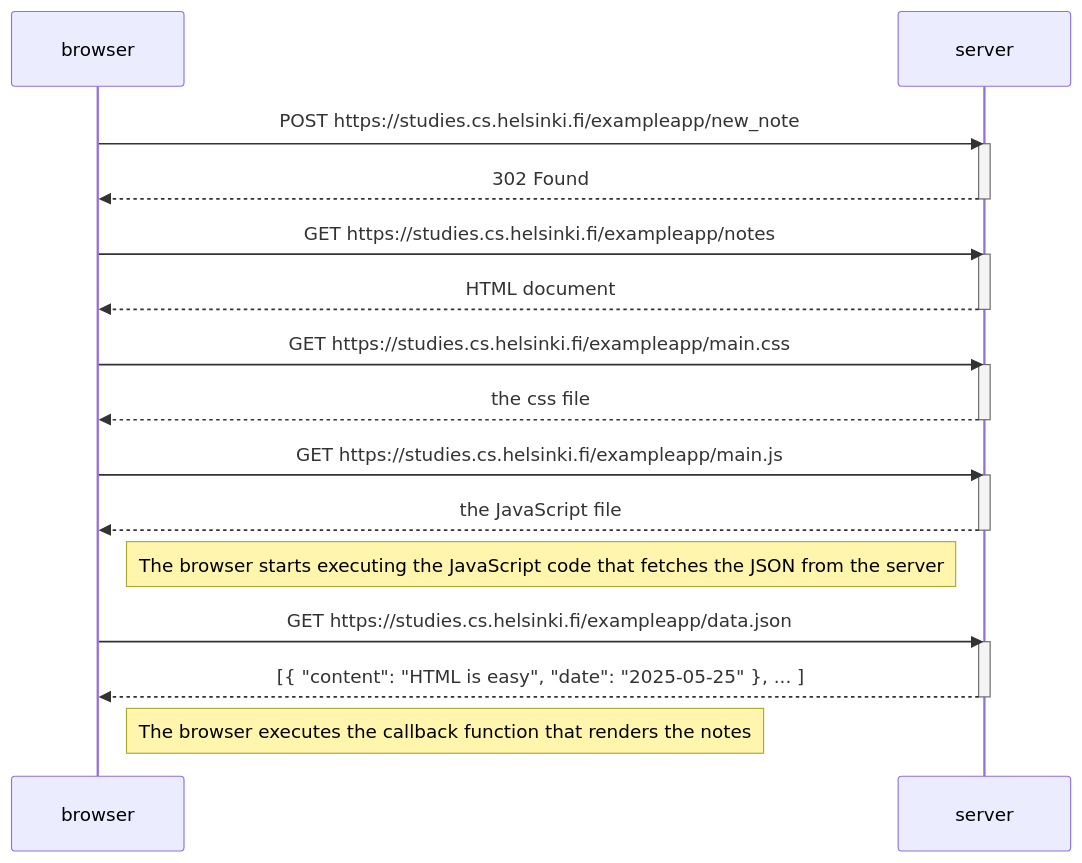
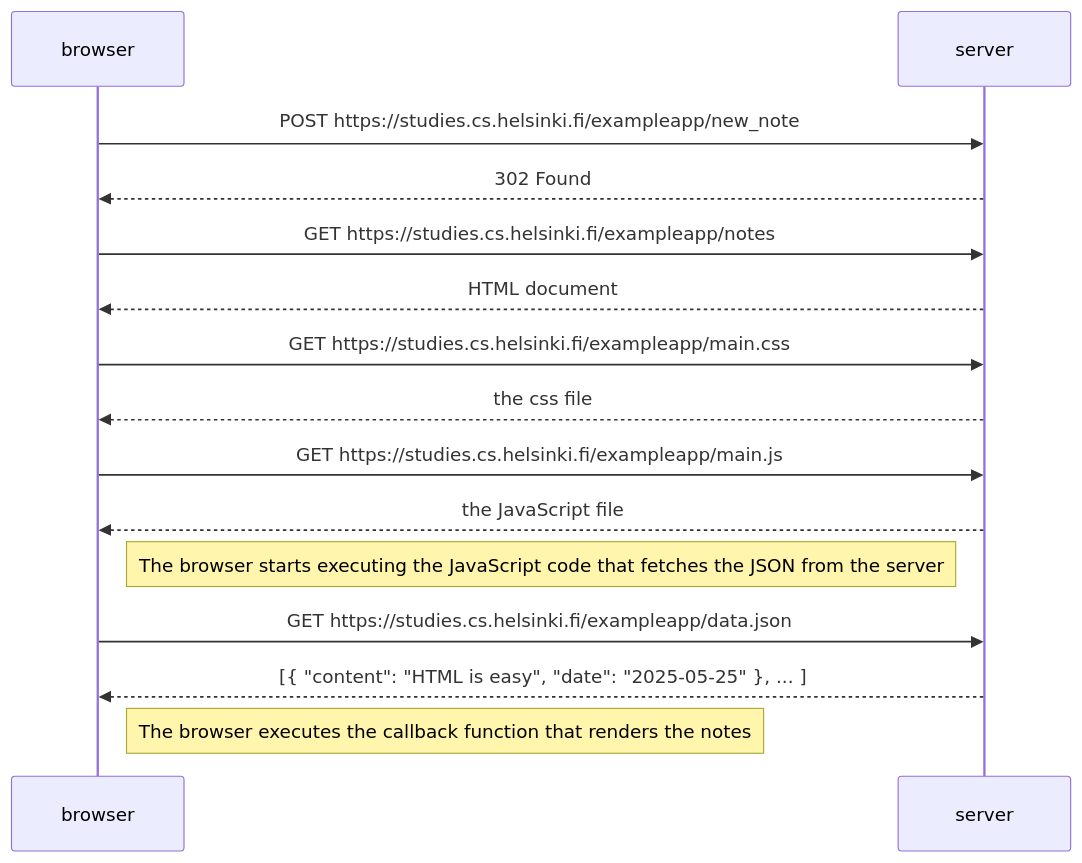
One commit to alseloes/full-stack-open-exercises changed the diagram in Part0/0_4.md. Above: the diagram before and after it, drawn with Mermaid. The commit also changed 2 other files, not shown here.

Commit message:
Minor changes in diagrams

````diff
--- a/Part0/0_4.md
+++ b/Part0/0_4.md
@@ -3,34 +3,29 @@
 ```mermaid
 sequenceDiagram
     participant browser
     participant server
 
     browser->>server: POST https://studies.cs.helsinki.fi/exampleapp/new_note
-    activate server
+
     server-->>browser: 302 Found
-    deactivate server
 
     browser->>server: GET https://studies.cs.helsinki.fi/exampleapp/notes
-    activate server
+
     server-->>browser: HTML document
-    deactivate server
 
     browser->>server: GET https://studies.cs.helsinki.fi/exampleapp/main.css
-    activate server
+
     server-->>browser: the css file
-    deactivate server
 
     browser->>server: GET https://studies.cs.helsinki.fi/exampleapp/main.js
-    activate server
+
     server-->>browser: the JavaScript file
-    deactivate server
 
     Note right of browser: The browser starts executing the JavaScript code that fetches the JSON from the server
 
     browser->>server: GET https://studies.cs.helsinki.fi/exampleapp/data.json
-    activate server
+
     server-->>browser: [{ "content": "HTML is easy", "date": "2025-05-25" }, ... ]
-    deactivate server
 
     Note right of browser: The browser executes the callback function that renders the notes
 ```
````
